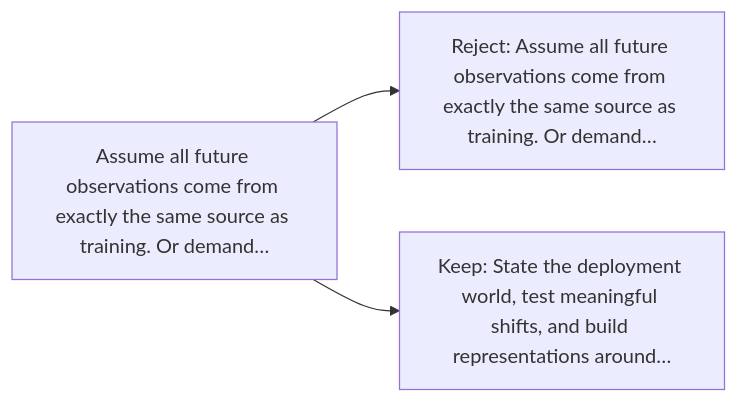
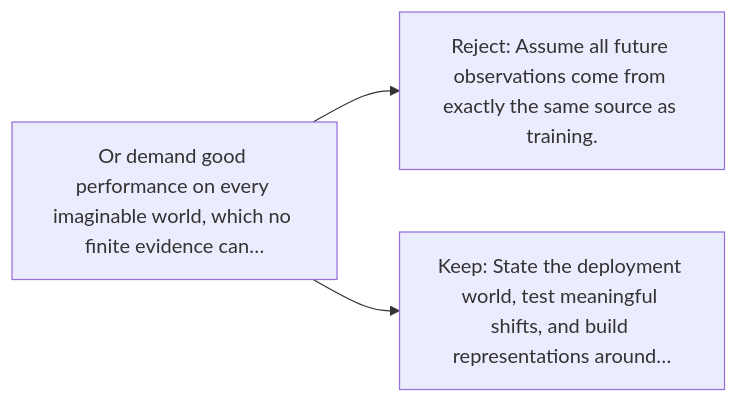
One commit to kleem-labs/AI-Archaeology changed the diagram in excavations/034-generalization/diagram.md. Above: the diagram before and after it, drawn with Mermaid. The commit also changed other lines of this file and 165 other files, not shown here.

````diff
--- a/excavations/034-generalization/diagram.md
+++ b/excavations/034-generalization/diagram.md
@@ -5,5 +5,5 @@
 ```mermaid
 flowchart LR
-    B["Assume all future observations come from exactly the same source as training. Or demand…"] --> A["Reject: Assume all future observations come from exactly the same source as training. Or demand…"]
+    B["Or demand good performance on every imaginable world, which no finite evidence can…"] --> A["Reject: Assume all future observations come from exactly the same source as training."]
     B --> C["Keep: State the deployment world, test meaningful shifts, and build representations around…"]
 ```
````
